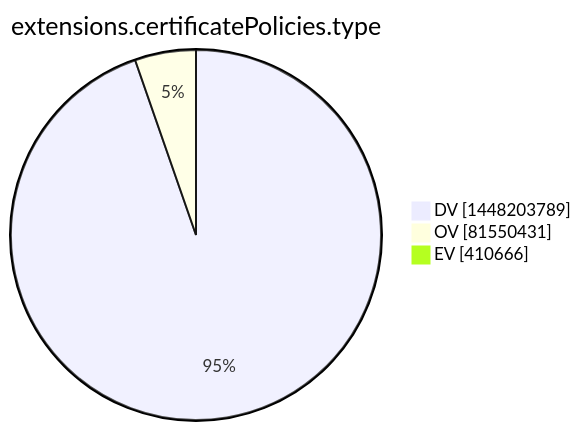
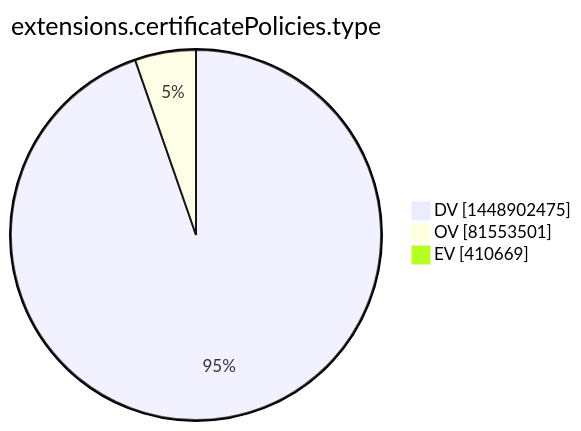
Before and after one commit to christiankrug/ctmonitor_visualization: the tenth of 15 diagrams in xenon2022/README.md, drawn with Mermaid. The commit also changed other lines of this file, not shown here.

````diff
--- a/xenon2022/README.md
+++ b/xenon2022/README.md
@@ -2870,7 +2870,7 @@
 ```mermaid
 pie showData
 title extensions.certificatePolicies.type
-"DV" :1448203789
-"OV" :81550431
-"EV" :410666
+"DV" :1448902475
+"OV" :81553501
+"EV" :410669
 ```
````
